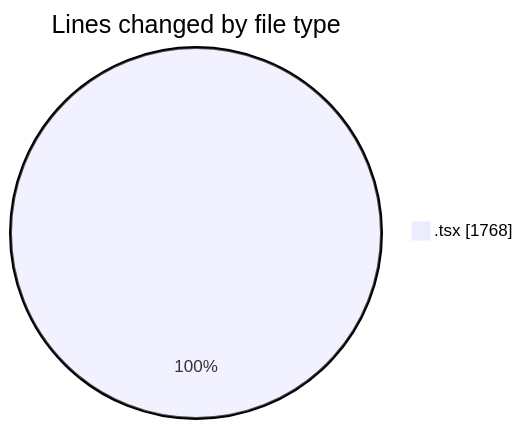
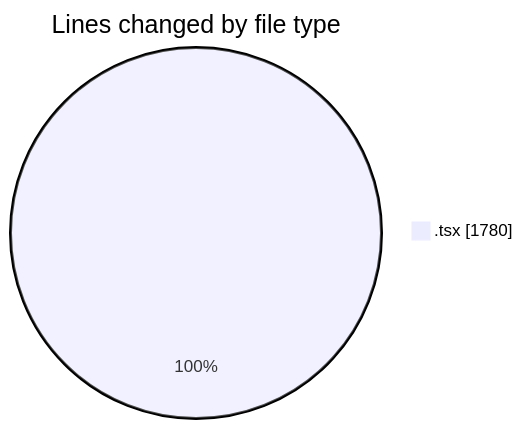
The first of 2 diagrams in 2026-06-11/nxtqube_webapp/README.md (nxtqubesakshisongat/code-tracking), drawn with Mermaid before and after one commit. The commit also changed other lines of this file and 1 other file, not shown here.

````diff
--- a/2026-06-11/nxtqube_webapp/README.md
+++ b/2026-06-11/nxtqube_webapp/README.md
@@ -21,5 +21,5 @@
 ```mermaid
 pie showData
 title Lines changed by file type
-".tsx" : 1768
+".tsx" : 1780
 ```
````
